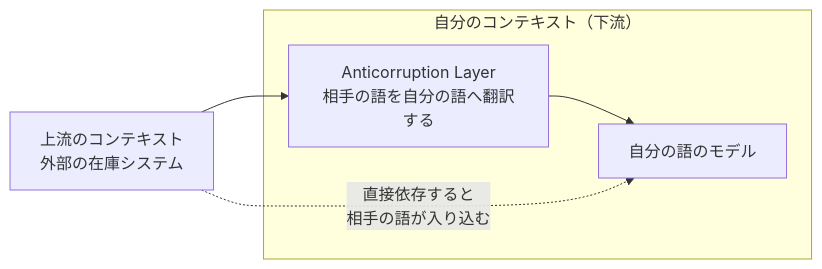
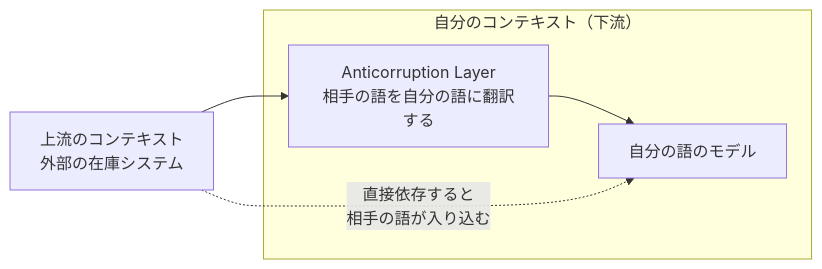
One commit to nao1215/debimate changed the third of 3 diagrams in content/notes/software-architecture/bounded-context/index.md. Above: the diagram before and after it, drawn with Mermaid. The commit also changed other lines of this file and 46 other files, not shown here.

````diff
--- a/content/notes/software-architecture/bounded-context/index.md
+++ b/content/notes/software-architecture/bounded-context/index.md
@@ -181,8 +181,8 @@
 ```mermaid
 flowchart LR
     U["上流のコンテキスト<br/>外部の在庫システム"] --> A
     subgraph D["自分のコンテキスト（下流）"]
-        A["Anticorruption Layer<br/>相手の語を自分の語へ翻訳する"] --> M["自分の語のモデル"]
+        A["Anticorruption Layer<br/>相手の語を自分の語に翻訳する"] --> M["自分の語のモデル"]
     end
     U -. "直接依存すると<br/>相手の語が入り込む" .-> M
 ```
````
